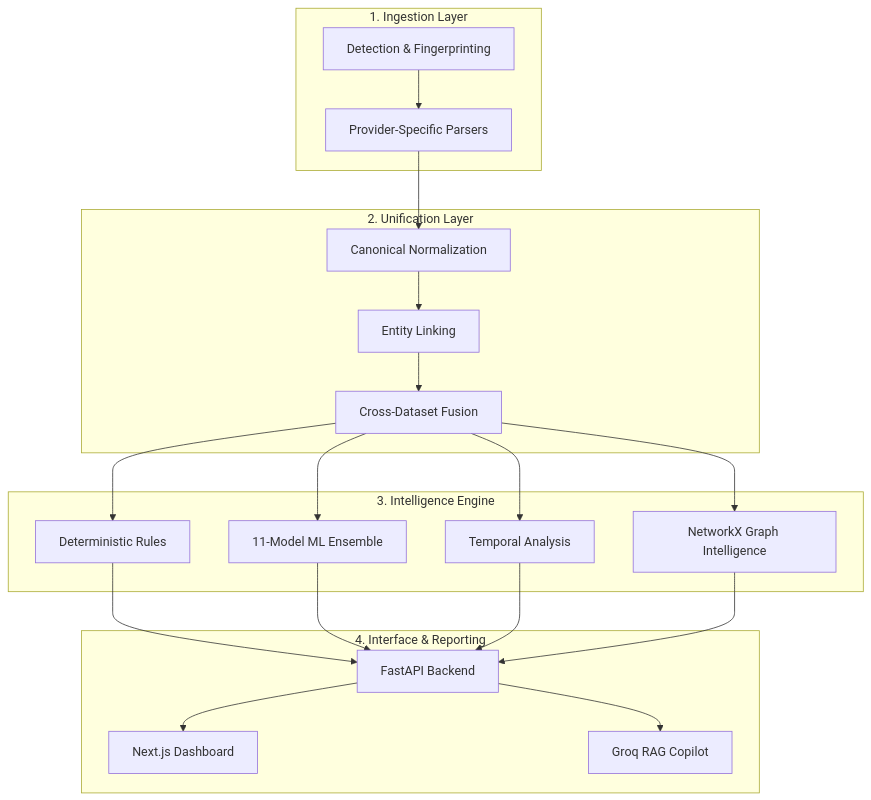
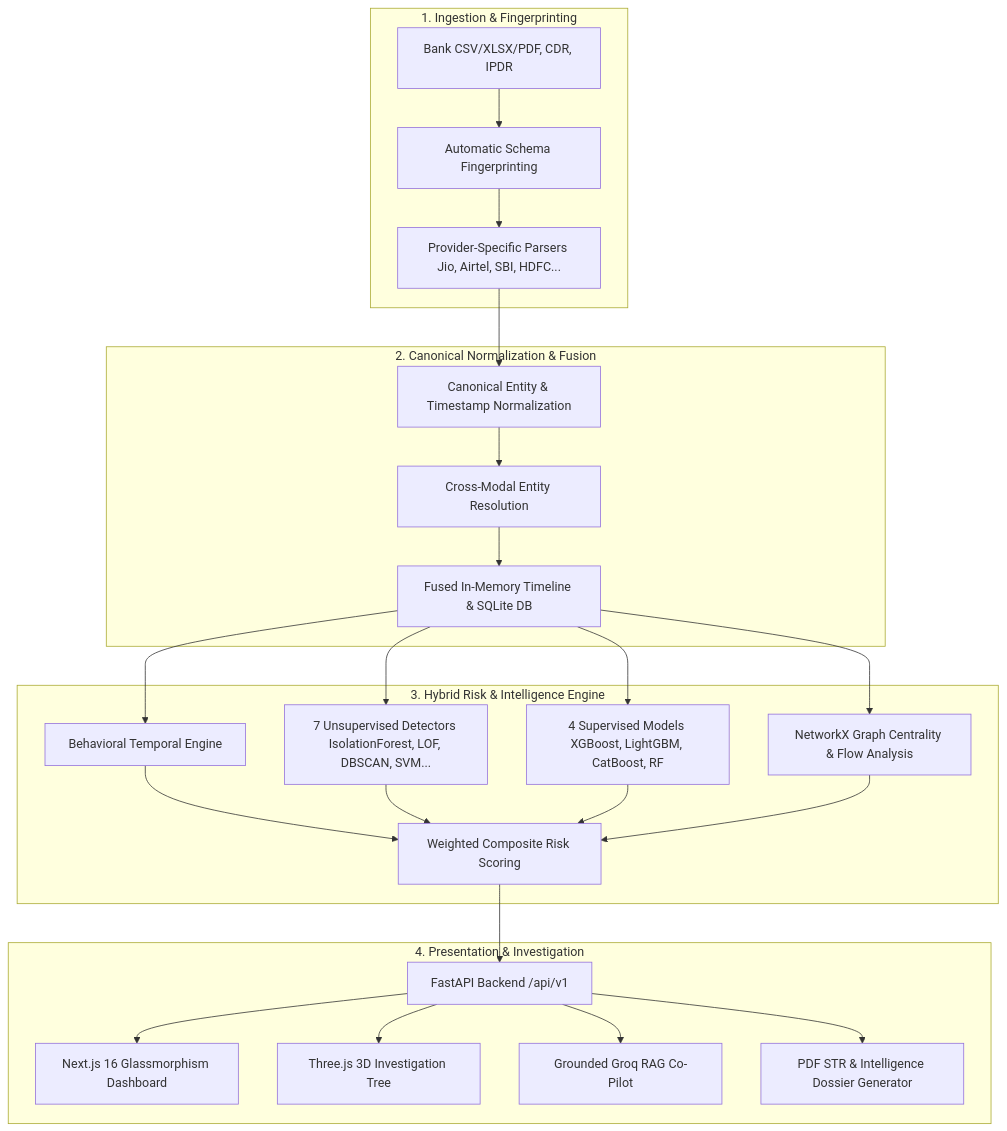
The diagram in README.md (ayushmanbhatt07/Trinetra-Forensics-AI-BANK-CDR-IPDR-FUSION-ANALYZER), drawn with Mermaid before and after one commit. The commit also changed other lines of this file and 44 other files, not shown here.

````diff
--- a/README.md
+++ b/README.md
@@ -146,42 +71,29 @@
 ```mermaid
 graph TD
-    subgraph 1. Ingestion Layer
-        Detect[Detection & Fingerprinting]
-        Provider[Provider-Specific Parsers]
+    subgraph 1. Ingestion & Fingerprinting
+        RawFiles[Bank CSV/XLSX/PDF, CDR, IPDR] --> Detect[Automatic Schema Fingerprinting]
+        Detect --> Parsers[Provider-Specific Parsers Jio, Airtel, SBI, HDFC...]
     end
 
-    subgraph 2. Unification Layer
-        Norm[Canonical Normalization]
-        Link[Entity Linking]
-        Fuse[Cross-Dataset Fusion]
+    subgraph 2. Canonical Normalization & Fusion
+        Parsers --> Norm[Canonical Entity & Timestamp Normalization]
+        Norm --> Linking[Cross-Modal Entity Resolution]
+        Linking --> Fused[Fused In-Memory Timeline & SQLite DB]
     end
 
-    subgraph 3. Intelligence Engine
-        Rules[Deterministic Rules]
-        ML[11-Model ML Ensemble]
-        Time[Temporal Analysis]
-        GraphInt[NetworkX Graph Intelligence]
+    subgraph 3. Hybrid Risk & Intelligence Engine
+        Fused --> Beh[Behavioral Temporal Engine]
+        Fused --> ML7[7 Unsupervised Detectors IsolationForest, LOF, DBSCAN, SVM...]
+        Fused --> ML4[4 Supervised Models XGBoost, LightGBM, CatBoost, RF]
+        Fused --> NetX[NetworkX Graph Centrality & Flow Analysis]
+        Beh & ML7 & ML4 & NetX --> Ensemble[Weighted Composite Risk Scoring]
     end
 
-    subgraph 4. Interface & Reporting
-        FastAPI[FastAPI Backend]
-        UI[Next.js Dashboard]
-        Copilot[Groq RAG Copilot]
+    subgraph 4. Presentation & Investigation
+        Ensemble --> API[FastAPI Backend /api/v1]
+        API --> Dashboard[Next.js 16 Glassmorphism Dashboard]
+        API --> Tree3D[Three.js 3D Investigation Tree]
+        API --> Copilot[Grounded Groq RAG Co-Pilot]
+        API --> Dossier[PDF STR & Intelligence Dossier Generator]
     end
-
-    Detect --> Provider
-    Provider --> Norm
-    
-    Norm --> Link
-    Link --> Fuse
-    
-    Fuse --> Rules
-    Fuse --> ML
-    Fuse --> Time
-    Fuse --> GraphInt
-    
-    Rules & ML & Time & GraphInt --> FastAPI
-    
-    FastAPI --> UI
-    FastAPI --> Copilot
 ```
````
